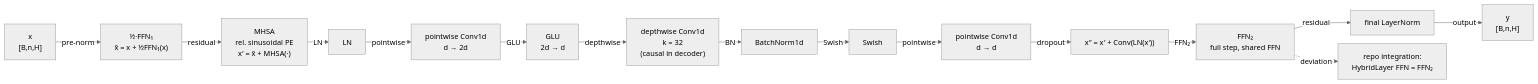
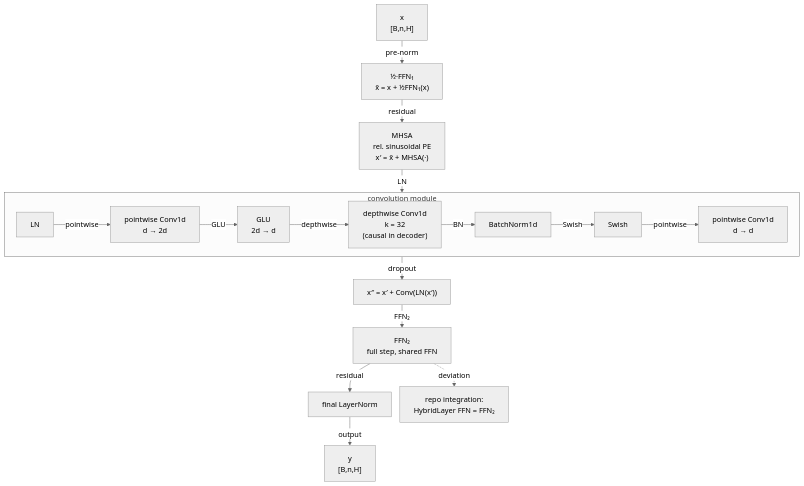
Before and after one commit to erickfmm/frankenstein-transformer: the diagram in docs/paper/figures/mixers/conformer.mmd, drawn with Mermaid. The commit also changed 129 other files, not shown here.

First line of the commit message:
docs(paper): render figures top-down and enlarge figure height

```diff
--- a/docs/paper/figures/mixers/conformer.mmd
+++ b/docs/paper/figures/mixers/conformer.mmd
@@ -1,32 +1,36 @@
-%%{init: {"theme":"neutral","flowchart":{"curve":"basis","nodeSpacing":18,"rankSpacing":26}}}%%
-flowchart LR
+%%{init: {"theme":"neutral","flowchart":{"curve":"basis","nodeSpacing":18,"rankSpacing":26,"useMaxWidth":false}}}%%
+flowchart TD
   x["x<br/>[B,n,H]"]
   f1["½·FFN₁<br/>x̃ = x + ½FFN₁(x)"]
   a1["MHSA<br/>rel. sinusoidal PE<br/>x′ = x̃ + MHSA(·)"]
-  cl["LN"]
-  c1["pointwise Conv1d<br/>d → 2d"]
-  c2["GLU<br/>2d → d"]
-  c3["depthwise Conv1d<br/>k = 32<br/>(causal in decoder)"]
-  c4["BatchNorm1d"]
-  c5["Swish"]
-  c6["pointwise Conv1d<br/>d → d"]
   a2["x″ = x′ + Conv(LN(x′))"]
   f2["FFN₂<br/>full step, shared FFN"]
   ln["final LayerNorm"]
   o["y<br/>[B,n,H]"]
   note["repo integration:<br/>HybridLayer FFN = FFN₂"]
 
+  subgraph conv["convolution module"]
+    direction LR
+    cl["LN"]
+    c1["pointwise Conv1d<br/>d → 2d"]
+    c2["GLU<br/>2d → d"]
+    c3["depthwise Conv1d<br/>k = 32<br/>(causal in decoder)"]
+    c4["BatchNorm1d"]
+    c5["Swish"]
+    c6["pointwise Conv1d<br/>d → d"]
+    cl -- "pointwise" --> c1
+    c1 -- "GLU" --> c2
+    c2 -- "depthwise" --> c3
+    c3 -- "BN" --> c4
+    c4 -- "Swish" --> c5
+    c5 -- "pointwise" --> c6
+  end
+
   x -- "pre-norm" --> f1
   f1 -- "residual" --> a1
-  a1 -- "LN" --> cl
-  cl -- "pointwise" --> c1
-  c1 -- "GLU" --> c2
-  c2 -- "depthwise" --> c3
-  c3 -- "BN" --> c4
-  c4 -- "Swish" --> c5
-  c5 -- "pointwise" --> c6
-  c6 -- "dropout" --> a2
+  a1 -- "LN" --> conv
+  conv -- "dropout" --> a2
   a2 -- "FFN₂" --> f2
   f2 -- "residual" --> ln
   ln -- "output" --> o
   f2 -. "deviation" .-> note
```
